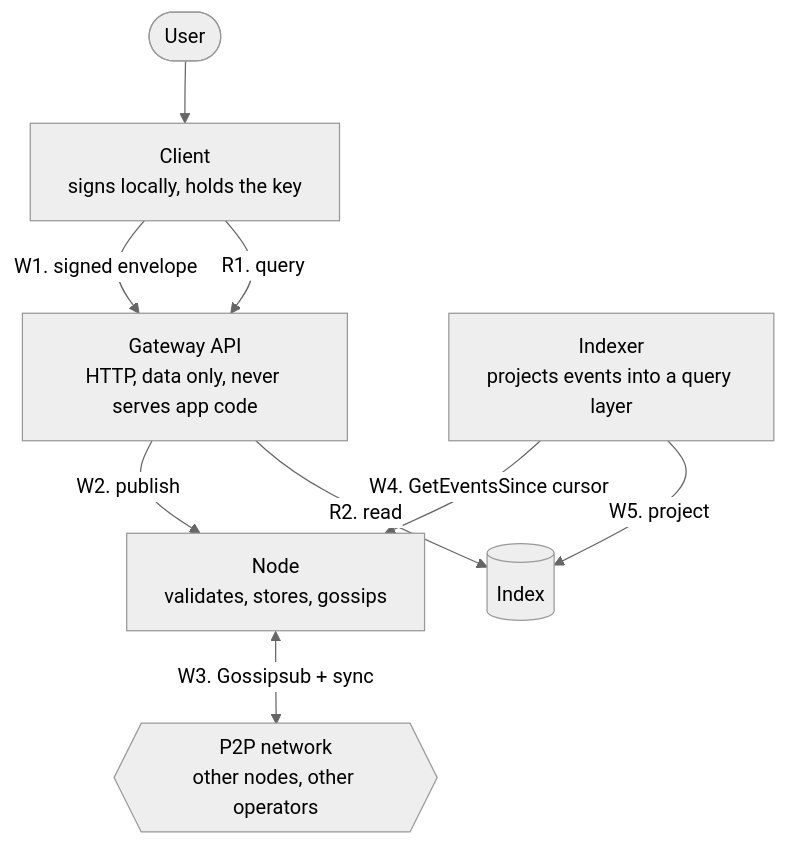
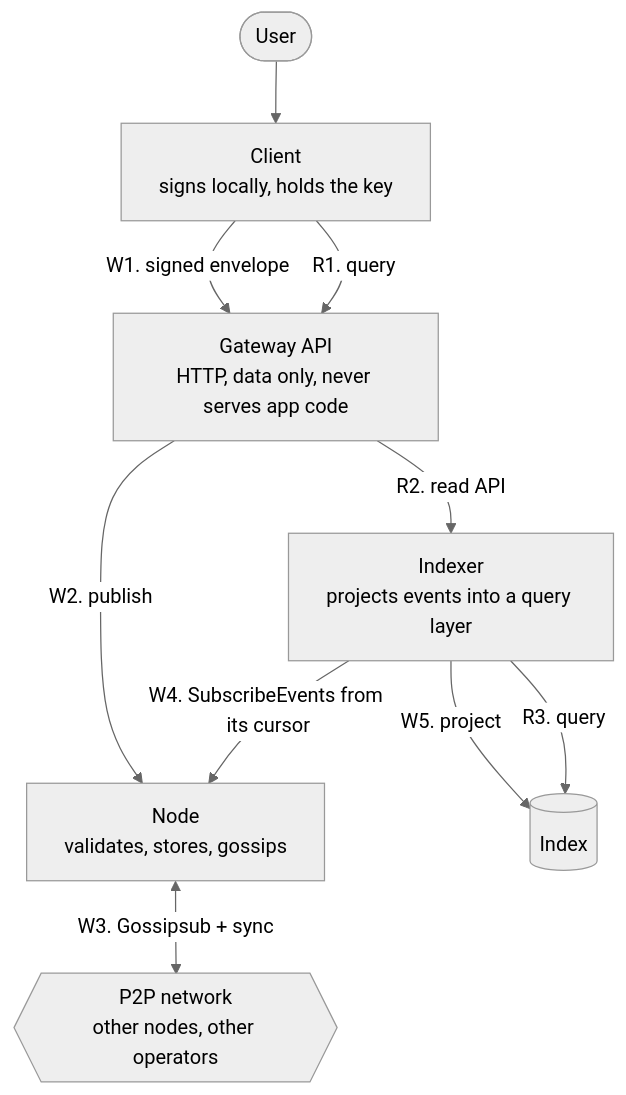
Before and after one commit to davishieh0/EcoaNetwork: the first of 18 diagrams in docs/diagrams/diagrams.md, drawn with Mermaid (neutral theme). The commit also changed other lines of this file, not shown here.

Commit message:
Document the diagrams as built

````diff
--- a/docs/diagrams/diagrams.md
+++ b/docs/diagrams/diagrams.md
@@ -13,20 +15,21 @@
 ```mermaid
 flowchart TB
     User(["User"])
     Client["Client<br/>signs locally, holds the key"]
     GW["Gateway API<br/>HTTP, data only, never serves app code"]
     Node["Node<br/>validates, stores, gossips"]
     Indexer["Indexer<br/>projects events into a query layer"]
     Index[("Index")]
     Net{{"P2P network<br/>other nodes, other operators"}}
 
     User --> Client
     Client -->|"W1. signed envelope"| GW
     GW -->|"W2. publish"| Node
     Node <-->|"W3. Gossipsub + sync"| Net
-    Indexer -->|"W4. GetEventsSince cursor"| Node
+    Indexer -->|"W4. SubscribeEvents from its cursor"| Node
     Indexer -->|"W5. project"| Index
 
     Client -->|"R1. query"| GW
-    GW -->|"R2. read"| Index
+    GW -->|"R2. read API"| Indexer
+    Indexer -->|"R3. query"| Index
 ```
````
